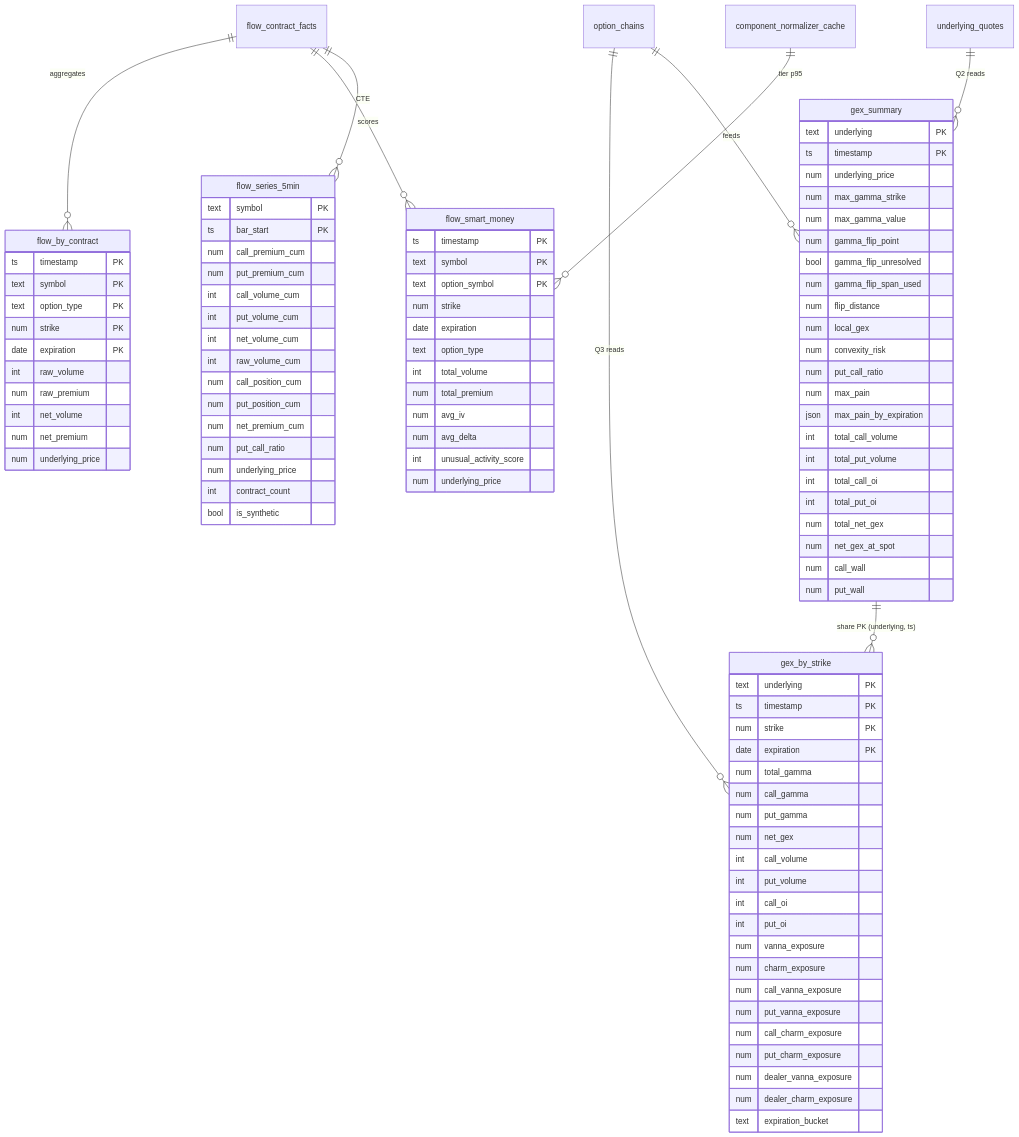
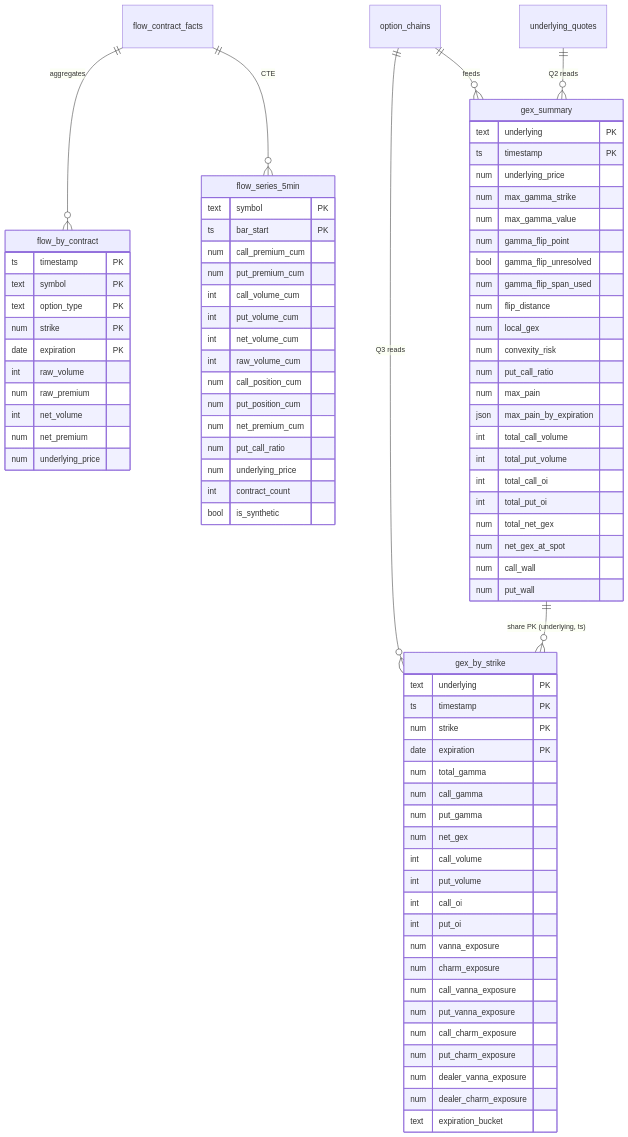
One commit to zerogex-options/zerogex-oa changed the seventh of 8 diagrams in docs/architecture/analytics_engine_diagram.md. Above: the diagram before and after it, drawn with Mermaid. The commit also changed other lines of this file and 5 other files, not shown here.

First line of the commit message:
signals/analytics: decommission flow_smart_money table (code side)

```diff
--- a/docs/architecture/analytics_engine_diagram.md
+++ b/docs/architecture/analytics_engine_diagram.md
@@ -498,9 +486,7 @@
     underlying_quotes ||--o{ gex_summary : "Q2 reads"
     option_chains ||--o{ gex_summary : "feeds"
     flow_contract_facts ||--o{ flow_by_contract : "aggregates"
-    flow_contract_facts ||--o{ flow_smart_money : "scores"
     flow_contract_facts ||--o{ flow_series_5min : "CTE"
-    component_normalizer_cache ||--o{ flow_smart_money : "tier p95"
     gex_summary ||--o{ gex_by_strike : "share PK (underlying, ts)"
 
     gex_by_strike {
@@ -562,20 +548,6 @@
         num  net_premium
         num  underlying_price
     }
-    flow_smart_money {
-        ts   timestamp     PK
-        text symbol        PK
-        text option_symbol PK
-        num  strike
-        date expiration
-        text option_type
-        int  total_volume
-        num  total_premium
-        num  avg_iv
-        num  avg_delta
-        int  unusual_activity_score
-        num  underlying_price
-    }
     flow_series_5min {
         text symbol    PK
         ts   bar_start PK
```
